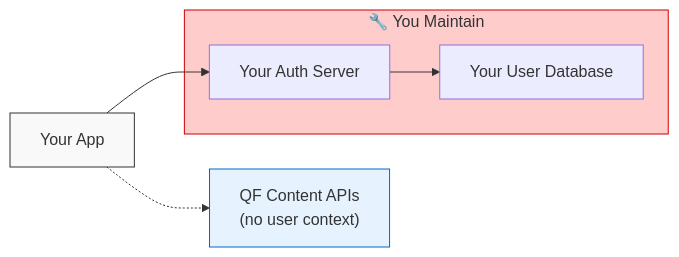
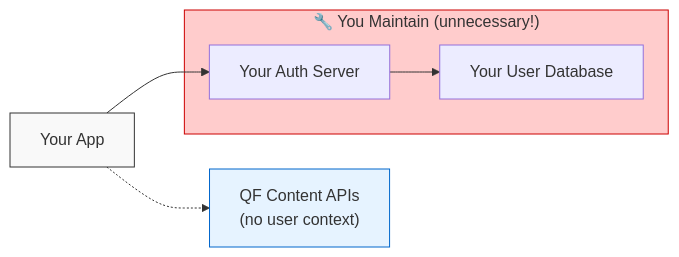
One commit to quran/qf-api-docs changed the first of 3 diagrams in docs/tutorials/oidc/getting-started-with-oauth2.mdx. Above: the diagram before and after it, drawn with Mermaid. The commit also changed other lines of this file and 2 other files, not shown here.

````diff
--- a/docs/tutorials/oidc/getting-started-with-oauth2.mdx
+++ b/docs/tutorials/oidc/getting-started-with-oauth2.mdx
@@ -46,15 +53,15 @@
 ```mermaid
 flowchart LR
-    subgraph maintain["🔧 You Maintain"]
+    subgraph maintain["🔧 You Maintain (unnecessary!)"]
         Auth["Your Auth Server"]
         DB["Your User Database"]
     end
 
     App["Your App"] --> Auth
     Auth --> DB
     App -.-> Content["QF Content APIs<br/>(no user context)"]
 
     style maintain fill:#ffcccc,stroke:#cc0000
     style App fill:#f9f9f9,stroke:#333
     style Content fill:#e6f3ff,stroke:#0066cc
 ```
````
